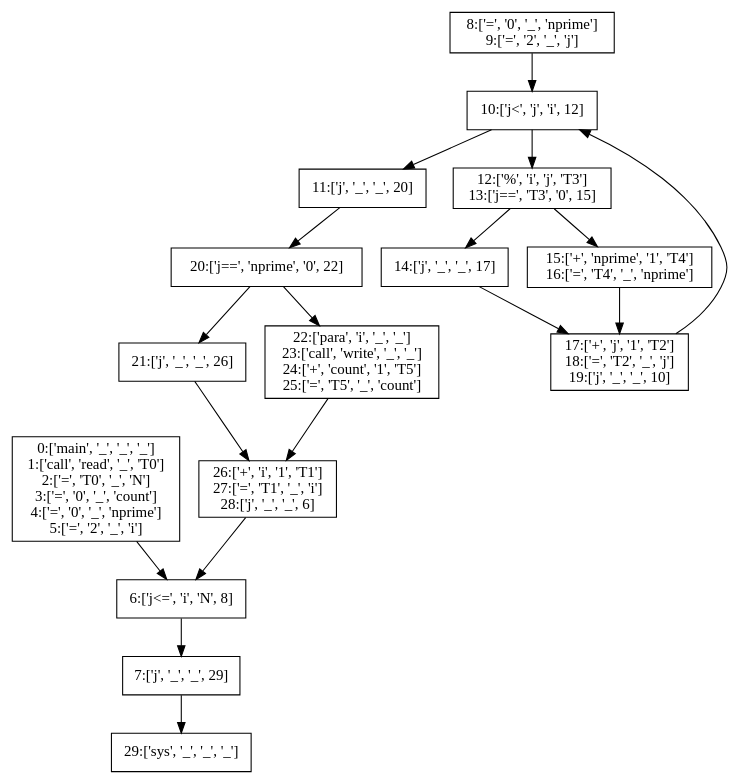
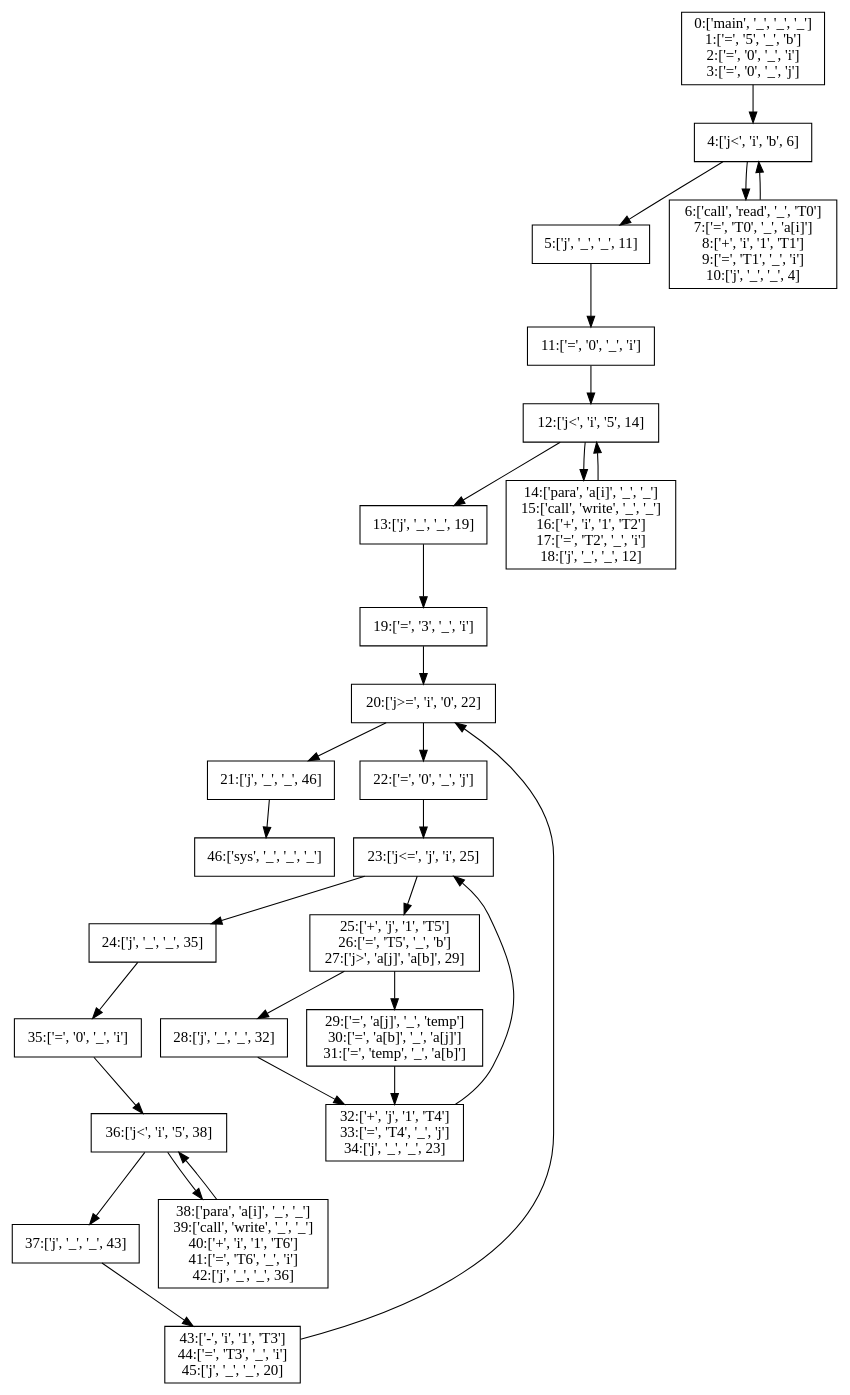
The diagram in Basic_Block/basic_block.gv (hutao99/compiler), drawn with Graphviz before and after one commit. The commit also changed 10 other files, not shown here.

```diff
--- a/Basic_Block/basic_block.gv
+++ b/Basic_Block/basic_block.gv
@@ -1,65 +1,103 @@
 // Basic_Block
 digraph "./Basic_Block/basic_block" {
 	0 [label="0:['main', '_', '_', '_']
-1:['call', 'read', '_', 'T0']
-2:['=', 'T0', '_', 'N']
-3:['=', '0', '_', 'count']
-4:['=', '0', '_', 'nprime']
-5:['=', '2', '_', 'i']
+1:['=', '5', '_', 'b']
+2:['=', '0', '_', 'i']
+3:['=', '0', '_', 'j']
 " fontname=SimHei shape=rectangle]
-	1 [label="6:['j<=', 'i', 'N', 8]
+	1 [label="4:['j<', 'i', 'b', 6]
 " fontname=SimHei shape=rectangle]
-	2 [label="7:['j', '_', '_', 29]
+	2 [label="5:['j', '_', '_', 11]
 " fontname=SimHei shape=rectangle]
-	3 [label="8:['=', '0', '_', 'nprime']
-9:['=', '2', '_', 'j']
+	3 [label="6:['call', 'read', '_', 'T0']
+7:['=', 'T0', '_', 'a[i]']
+8:['+', 'i', '1', 'T1']
+9:['=', 'T1', '_', 'i']
+10:['j', '_', '_', 4]
 " fontname=SimHei shape=rectangle]
-	4 [label="10:['j<', 'j', 'i', 12]
+	4 [label="11:['=', '0', '_', 'i']
 " fontname=SimHei shape=rectangle]
-	5 [label="11:['j', '_', '_', 20]
+	5 [label="12:['j<', 'i', '5', 14]
 " fontname=SimHei shape=rectangle]
-	6 [label="12:['%', 'i', 'j', 'T3']
-13:['j==', 'T3', '0', 15]
+	6 [label="13:['j', '_', '_', 19]
 " fontname=SimHei shape=rectangle]
-	7 [label="14:['j', '_', '_', 17]
+	7 [label="14:['para', 'a[i]', '_', '_']
+15:['call', 'write', '_', '_']
+16:['+', 'i', '1', 'T2']
+17:['=', 'T2', '_', 'i']
+18:['j', '_', '_', 12]
 " fontname=SimHei shape=rectangle]
-	8 [label="15:['+', 'nprime', '1', 'T4']
-16:['=', 'T4', '_', 'nprime']
+	8 [label="19:['=', '3', '_', 'i']
 " fontname=SimHei shape=rectangle]
-	9 [label="17:['+', 'j', '1', 'T2']
-18:['=', 'T2', '_', 'j']
-19:['j', '_', '_', 10]
+	9 [label="20:['j>=', 'i', '0', 22]
 " fontname=SimHei shape=rectangle]
-	10 [label="20:['j==', 'nprime', '0', 22]
+	10 [label="21:['j', '_', '_', 46]
 " fontname=SimHei shape=rectangle]
-	11 [label="21:['j', '_', '_', 26]
+	11 [label="22:['=', '0', '_', 'j']
 " fontname=SimHei shape=rectangle]
-	12 [label="22:['para', 'i', '_', '_']
-23:['call', 'write', '_', '_']
-24:['+', 'count', '1', 'T5']
-25:['=', 'T5', '_', 'count']
+	12 [label="23:['j<=', 'j', 'i', 25]
 " fontname=SimHei shape=rectangle]
-	13 [label="26:['+', 'i', '1', 'T1']
-27:['=', 'T1', '_', 'i']
-28:['j', '_', '_', 6]
+	13 [label="24:['j', '_', '_', 35]
 " fontname=SimHei shape=rectangle]
-	14 [label="29:['sys', '_', '_', '_']
+	14 [label="25:['+', 'j', '1', 'T5']
+26:['=', 'T5', '_', 'b']
+27:['j>', 'a[j]', 'a[b]', 29]
+" fontname=SimHei shape=rectangle]
+	15 [label="28:['j', '_', '_', 32]
+" fontname=SimHei shape=rectangle]
+	16 [label="29:['=', 'a[j]', '_', 'temp']
+30:['=', 'a[b]', '_', 'a[j]']
+31:['=', 'temp', '_', 'a[b]']
+" fontname=SimHei shape=rectangle]
+	17 [label="32:['+', 'j', '1', 'T4']
+33:['=', 'T4', '_', 'j']
+34:['j', '_', '_', 23]
+" fontname=SimHei shape=rectangle]
+	18 [label="35:['=', '0', '_', 'i']
+" fontname=SimHei shape=rectangle]
+	19 [label="36:['j<', 'i', '5', 38]
+" fontname=SimHei shape=rectangle]
+	20 [label="37:['j', '_', '_', 43]
+" fontname=SimHei shape=rectangle]
+	21 [label="38:['para', 'a[i]', '_', '_']
+39:['call', 'write', '_', '_']
+40:['+', 'i', '1', 'T6']
+41:['=', 'T6', '_', 'i']
+42:['j', '_', '_', 36]
+" fontname=SimHei shape=rectangle]
+	22 [label="43:['-', 'i', '1', 'T3']
+44:['=', 'T3', '_', 'i']
+45:['j', '_', '_', 20]
+" fontname=SimHei shape=rectangle]
+	23 [label="46:['sys', '_', '_', '_']
 " fontname=SimHei shape=rectangle]
 	0 -> 1
+	1 -> 3
 	1 -> 2
-	2 -> 14
-	3 -> 4
-	4 -> 6
+	2 -> 4
+	3 -> 1
 	4 -> 5
-	5 -> 10
+	5 -> 7
+	5 -> 6
 	6 -> 8
-	6 -> 7
-	7 -> 9
+	7 -> 5
 	8 -> 9
-	9 -> 4
-	10 -> 12
-	10 -> 11
-	11 -> 13
+	9 -> 11
+	9 -> 10
+	10 -> 23
+	11 -> 12
+	12 -> 14
 	12 -> 13
-	13 -> 1
+	13 -> 18
+	14 -> 16
+	14 -> 15
+	15 -> 17
+	16 -> 17
+	17 -> 12
+	18 -> 19
+	19 -> 21
+	19 -> 20
+	20 -> 22
+	21 -> 19
+	22 -> 9
 }
```
